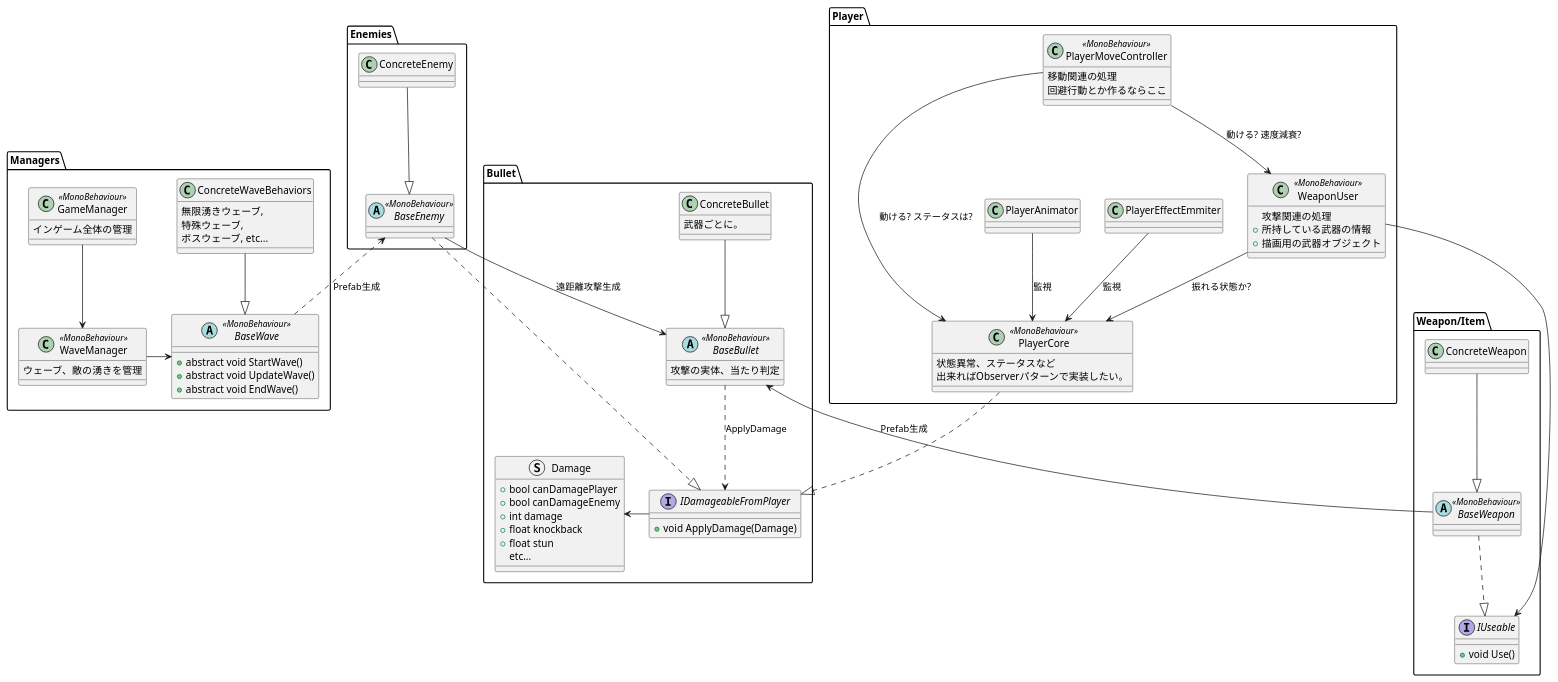
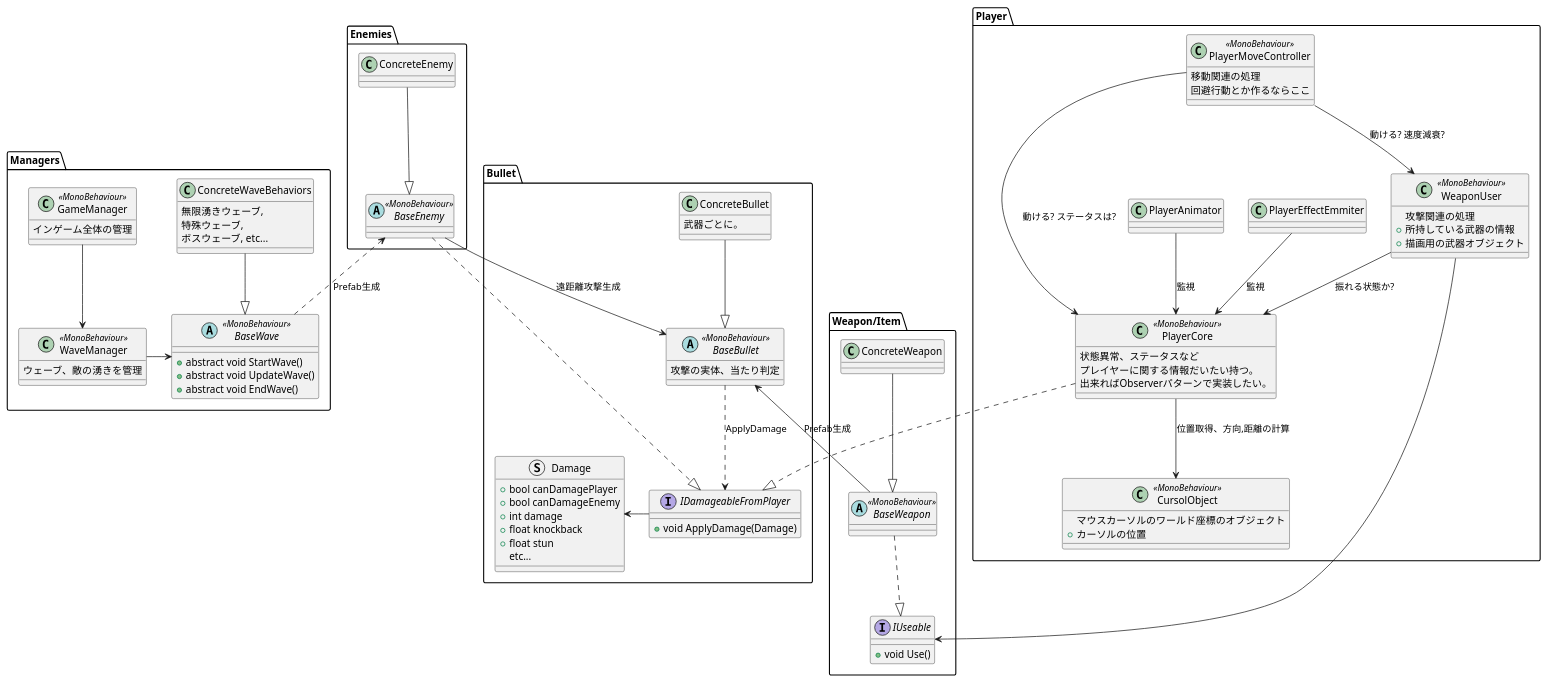
Before and after one commit to Okuyama-CGP/team_2024_b: the diagram in Assets/Okuyama/class.pu, drawn with PlantUML. The commit also changed 8 other files, not shown here.

```diff
--- a/Assets/Okuyama/class.pu
+++ b/Assets/Okuyama/class.pu
@@ -1,114 +1,122 @@
 namespace Managers{
     class GameManager<<MonoBehaviour>>{
         インゲーム全体の管理
     }
     GameManager --> WaveManager
 
     class WaveManager<<MonoBehaviour>>{
         ウェーブ、敵の湧きを管理
     }
     WaveManager --r> BaseWave
 
     abstract class BaseWave<<MonoBehaviour>>{
         + abstract void StartWave()
         + abstract void UpdateWave()
         + abstract void EndWave()
     }
     
     class ConcreteWaveBehaviors{
         無限湧きウェーブ,
         特殊ウェーブ,
         ボスウェーブ, etc...
     }
     ConcreteWaveBehaviors --d|> BaseWave
 
 }
 
 namespace Player{
     class PlayerCore<<MonoBehaviour>>{
         状態異常、ステータスなど
+        プレイヤーに関する情報だいたい持つ。
         出来ればObserverパターンで実装したい。
     }
 
     class WeaponUser<<MonoBehaviour>>{
         攻撃関連の処理
         + 所持している武器の情報
         + 描画用の武器オブジェクト
     }
     WeaponUser --> PlayerCore : 振れる状態か?
 
 
     class PlayerMoveController<<MonoBehaviour>>{
         移動関連の処理
         回避行動とか作るならここ
     }
     PlayerMoveController --> PlayerCore : 動ける? ステータスは?
     PlayerMoveController --> WeaponUser : 動ける? 速度減衰?
+
+    class CursolObject<<MonoBehaviour>>{
+        マウスカーソルのワールド座標のオブジェクト
+        + カーソルの位置
+    }
+
+    PlayerCore --> CursolObject : 位置取得、方向,距離の計算
 
     
     PlayerEffectEmmiter --> PlayerCore : 監視
     PlayerAnimator --> PlayerCore : 監視
 
 
 }
 
 namespace Weapon/Item{
     interface IUseable{
         + void Use()
     }
     WeaponUser --> IUseable
 
     abstract BaseWeapon<<MonoBehaviour>>
     BaseWeapon ..|> IUseable
 
     class ConcreteWeapon
     ConcreteWeapon --|> BaseWeapon
 
 }
 
 namespace Bullet{
     abstract BaseBullet<<MonoBehaviour>>{
         攻撃の実体、当たり判定
     }
     BaseBullet ..> IDamageableFromPlayer : ApplyDamage
     BaseBullet <-- BaseWeapon : Prefab生成
 
     class ConcreteBullet{
         武器ごとに。
     }
     ConcreteBullet --|> BaseBullet
 
     interface IDamageableFromPlayer{
         + void ApplyDamage(Damage)
     }
 
 
     struct Damage{
         + bool canDamagePlayer
         + bool canDamageEnemy
         + int damage
         + float knockback
         + float stun
         etc...
     }
     IDamageableFromPlayer --l> Damage
     PlayerCore ..|> IDamageableFromPlayer
 }
 
 
 namespace Enemies{
     abstract class BaseEnemy<<MonoBehaviour>>
     BaseEnemy ..|> IDamageableFromPlayer
     BaseEnemy <.. BaseWave : Prefab生成
     BaseEnemy --> BaseBullet : 遠距離攻撃生成
 
     ConcreteEnemy --d|> BaseEnemy
 
 }
 
 /'namespace MapObject{
     abstract BaseBreakableObj<<MonoBehaviour>>{
         破壊可能オブジェクトの類
     }
     BaseBreakableObj ..|> IDamageableFromPlayer
 }'/
```
